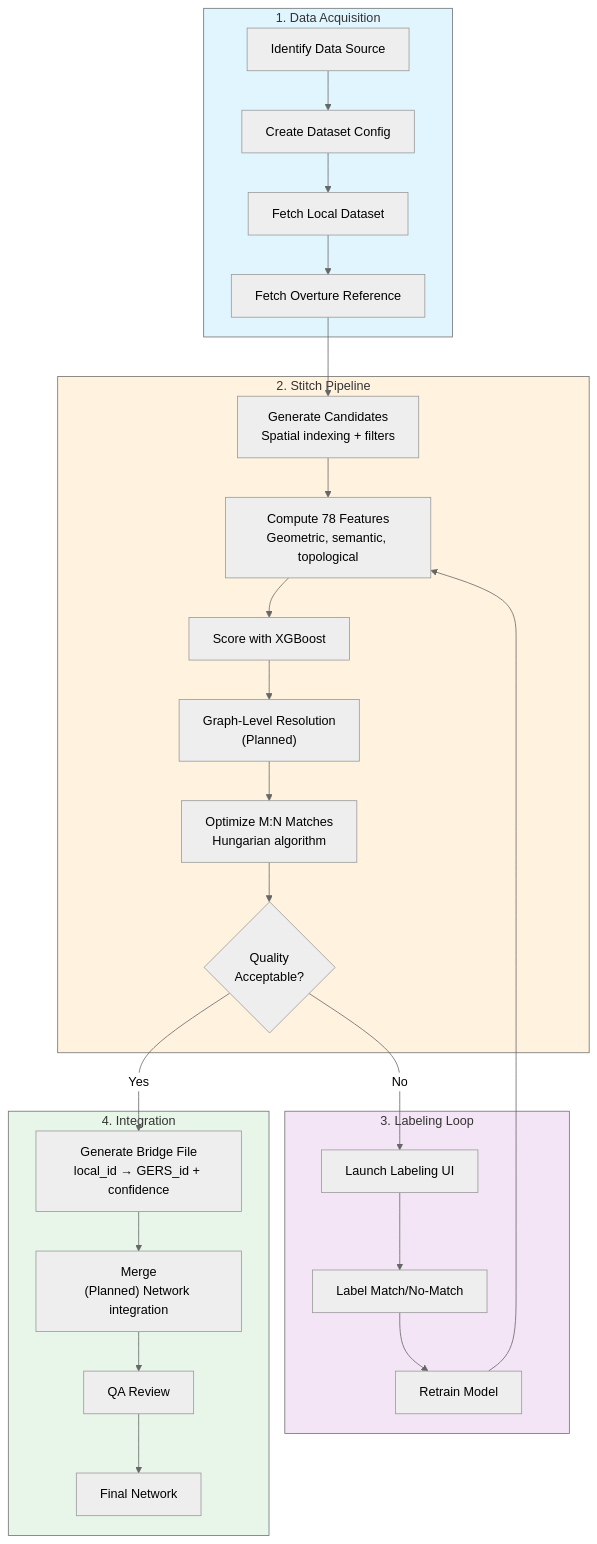
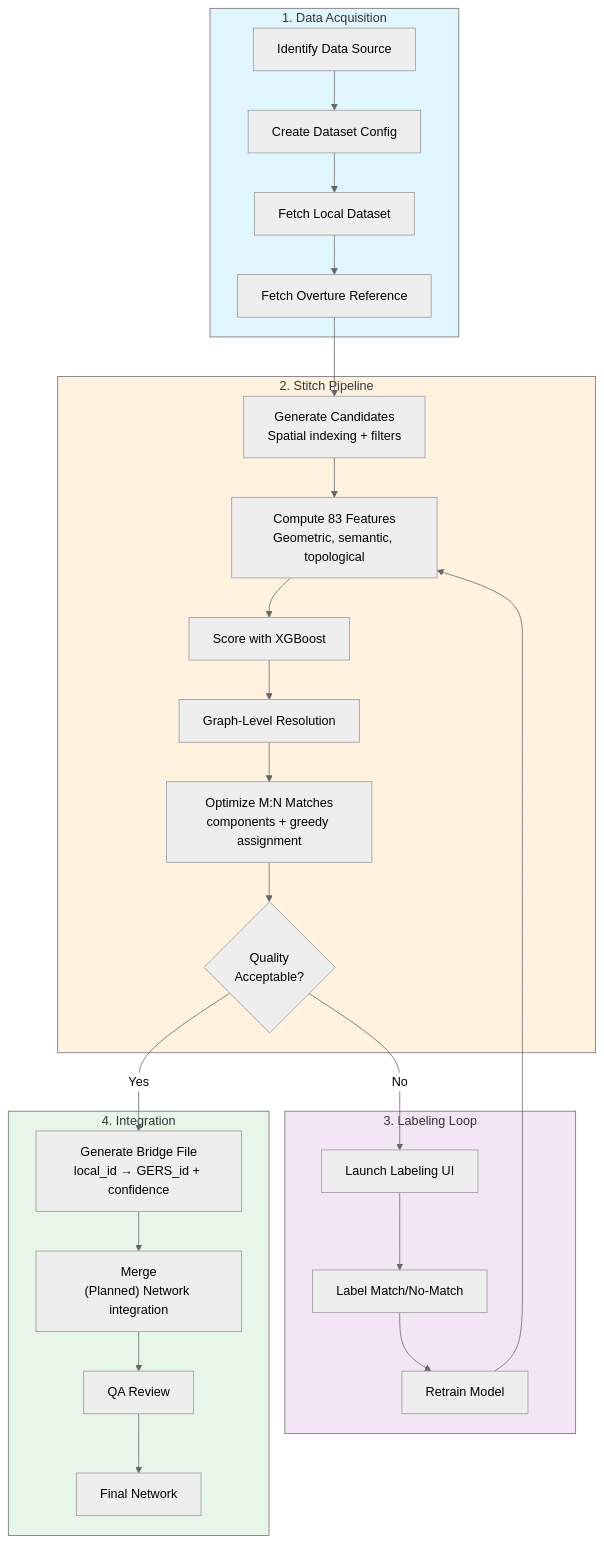
Before and after one commit to brad-richardson/crosswalk: the diagram in README.md, drawn with Mermaid (neutral theme). The commit also changed other lines of this file and 45 other files, not shown here.

````diff
--- a/README.md
+++ b/README.md
@@ -85,36 +85,36 @@
 ```mermaid
 flowchart TB
     subgraph Data["1. Data Acquisition"]
         A[Identify Data Source] --> B[Create Dataset Config]
         B --> C[Fetch Local Dataset]
         C --> D[Fetch Overture Reference]
     end
 
     subgraph Match["2. Stitch Pipeline"]
         D --> E[Generate Candidates<br/>Spatial indexing + filters]
-        E --> F[Compute 78 Features<br/>Geometric, semantic, topological]
+        E --> F[Compute 83 Features<br/>Geometric, semantic, topological]
         F --> G[Score with XGBoost]
-        G --> H["Graph-Level Resolution<br/>(Planned)"]
-        H --> I[Optimize M:N Matches<br/>Hungarian algorithm]
+        G --> H[Graph-Level Resolution]
+        H --> I[Optimize M:N Matches<br/>components + greedy assignment]
         I --> J{Quality<br/>Acceptable?}
     end
 
     subgraph Label["3. Labeling Loop"]
         J -->|No| K[Launch Labeling UI]
         K --> L[Label Match/No-Match]
         L --> M[Retrain Model]
         M --> F
     end
 
     subgraph Output["4. Integration"]
         J -->|Yes| N[Generate Bridge File<br/>local_id → GERS_id + confidence]
         N --> O["Merge<br/>(Planned) Network integration"]
         O --> P[QA Review]
         P --> Q[Final Network]
     end
 
     style Data fill:#e1f5fe
     style Match fill:#fff3e0
     style Label fill:#f3e5f5
     style Output fill:#e8f5e9
 ```
````
